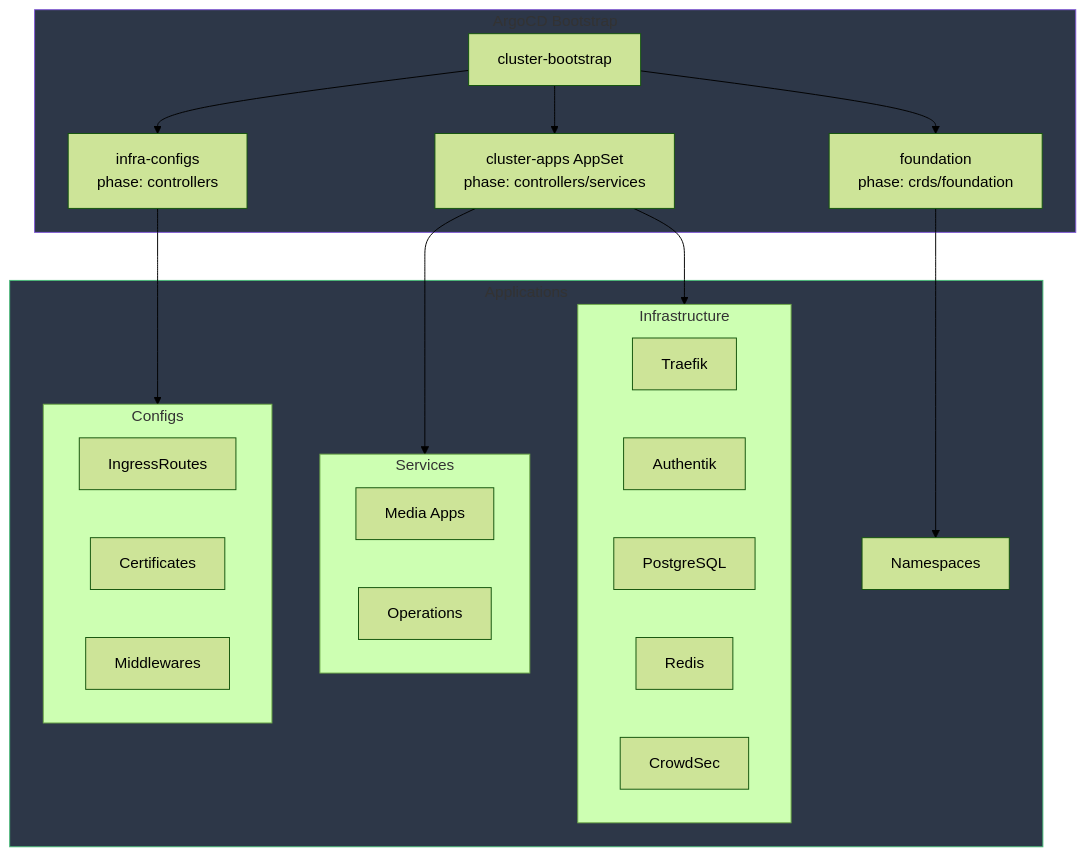
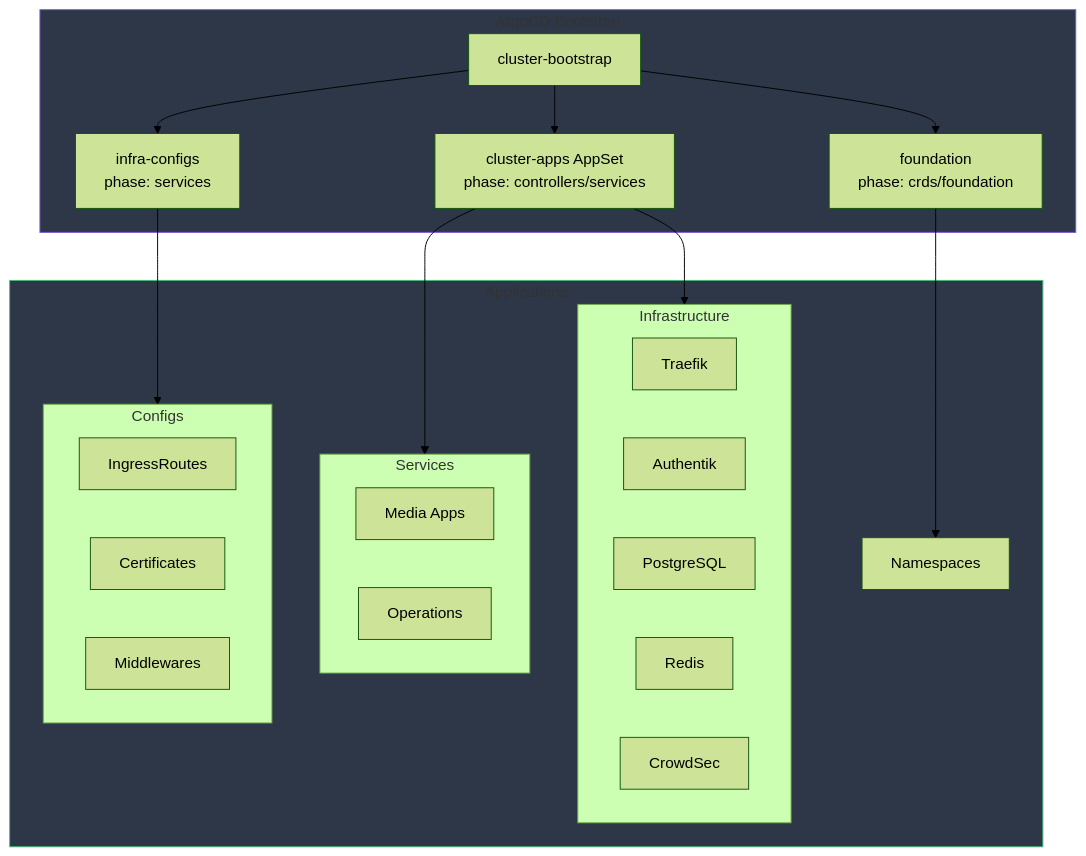
Before and after one commit to Starktastic-Homelab/apps: the first of 5 diagrams in README.md, drawn with Mermaid (forest theme). The commit also changed other lines of this file, not shown here.

````diff
--- a/README.md
+++ b/README.md
@@ -16,37 +15,37 @@
 ```mermaid
 flowchart TB
     subgraph Bootstrap["ArgoCD Bootstrap"]
         ClusterBootstrap[cluster-bootstrap] --> Foundation
         ClusterBootstrap --> InfraConfigs
         ClusterBootstrap --> AppSet
     end
     
     subgraph Apps["Applications"]
         Foundation[foundation<br/>phase: crds/foundation] --> Namespaces[Namespaces]
         AppSet[cluster-apps AppSet<br/>phase: controllers/services] --> Controllers
         AppSet --> Services
-        InfraConfigs[infra-configs<br/>phase: controllers] --> Ingresses
+        InfraConfigs[infra-configs<br/>phase: services] --> Ingresses
         
         subgraph Controllers["Infrastructure"]
             Traefik[Traefik]
             Authentik[Authentik]
             PostgreSQL[PostgreSQL]
             Redis[Redis]
             CrowdSec[CrowdSec]
         end
         
         subgraph Services["Services"]
             Media[Media Apps]
             Operations[Operations]
         end
         
         subgraph Ingresses["Configs"]
             Routes[IngressRoutes]
             Certs[Certificates]
             MW[Middlewares]
         end
     end
     
     style Bootstrap fill:#2d3748,stroke:#805ad5
     style Apps fill:#2d3748,stroke:#48bb78
 ```
````
